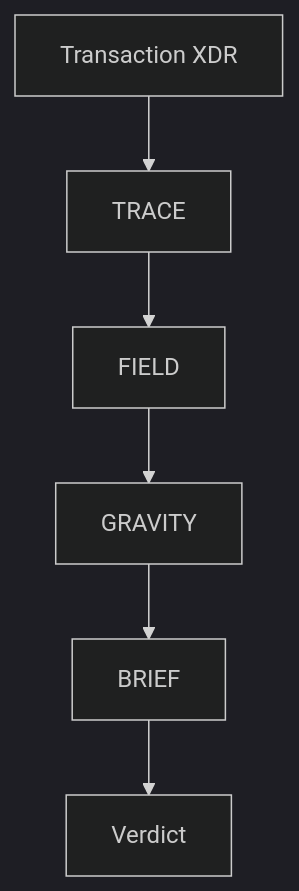
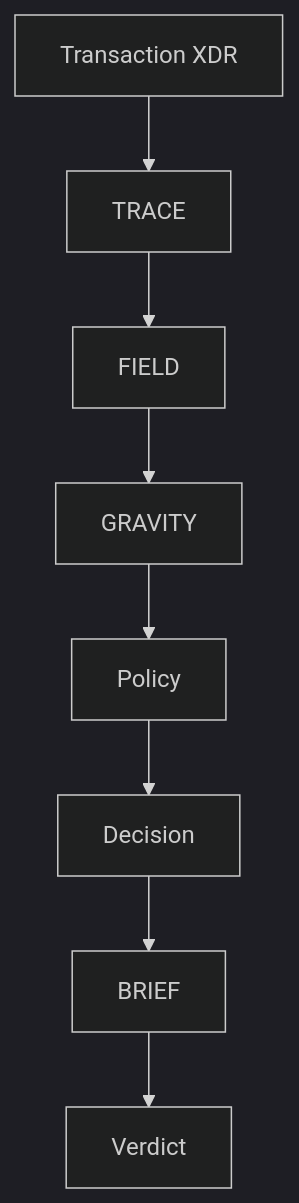
Before and after one commit to islacamp-ph/meridian-core: the diagram in apps/docs/src/content/docs/reference/architecture.mdx, drawn with Mermaid (dark theme). The commit also changed other lines of this file and 4 other files, not shown here.

````diff
--- a/apps/docs/src/content/docs/reference/architecture.mdx
+++ b/apps/docs/src/content/docs/reference/architecture.mdx
@@ -6,8 +6,10 @@
 ```mermaid
 flowchart TD
     A[Transaction XDR] --> B[TRACE]
     B --> C[FIELD]
     C --> D[GRAVITY]
-    D --> E[BRIEF]
+    D --> P[Policy]
+    P --> Dec[Decision]
+    Dec --> E[BRIEF]
     E --> F[Verdict]
 ```
````
